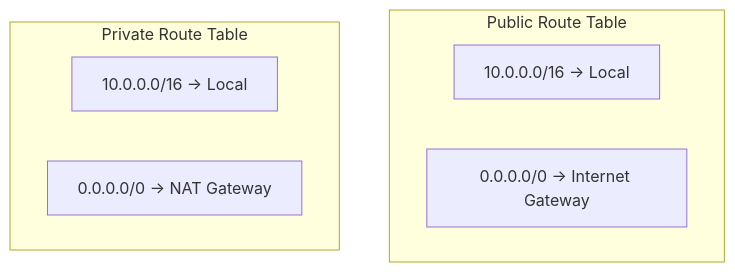
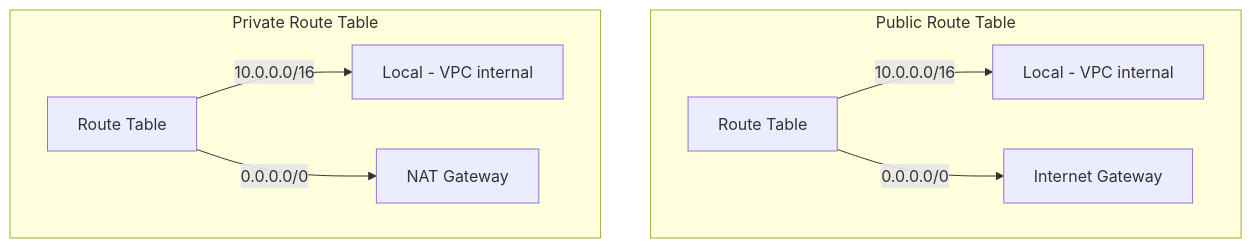
The third of 10 diagrams in src/cloud/aws/vpc.md (vanos001/placement_prep), drawn with Mermaid before and after one commit. The commit also changed other lines of this file and 24 other files, not shown here.

````diff
--- a/src/cloud/aws/vpc.md
+++ b/src/cloud/aws/vpc.md
@@ -71,12 +90,14 @@
 ```mermaid
-graph TD
-    subgraph PublicRT[Public Route Table]
-        PR1[10.0.0.0/16 → Local]
-        PR2[0.0.0.0/0 → Internet Gateway]
+graph TB
+    subgraph "Public Route Table"
+        RT_PUB[Route Table]
+        RT_PUB --> |10.0.0.0/16| LOCAL_P[Local - VPC internal]
+        RT_PUB --> |0.0.0.0/0| IGW_RT[Internet Gateway]
     end
 
-    subgraph PrivateRT[Private Route Table]
-        PV1[10.0.0.0/16 → Local]
-        PV2[0.0.0.0/0 → NAT Gateway]
+    subgraph "Private Route Table"
+        RT_PRIV[Route Table]
+        RT_PRIV --> |10.0.0.0/16| LOCAL_V[Local - VPC internal]
+        RT_PRIV --> |0.0.0.0/0| NAT_RT[NAT Gateway]
     end
 ```
````
